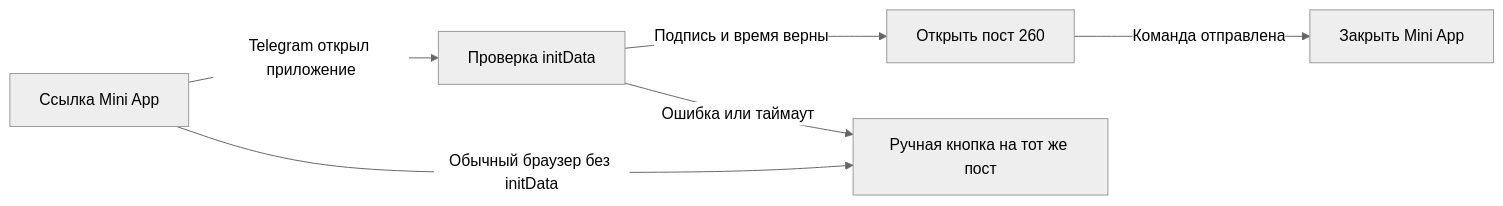
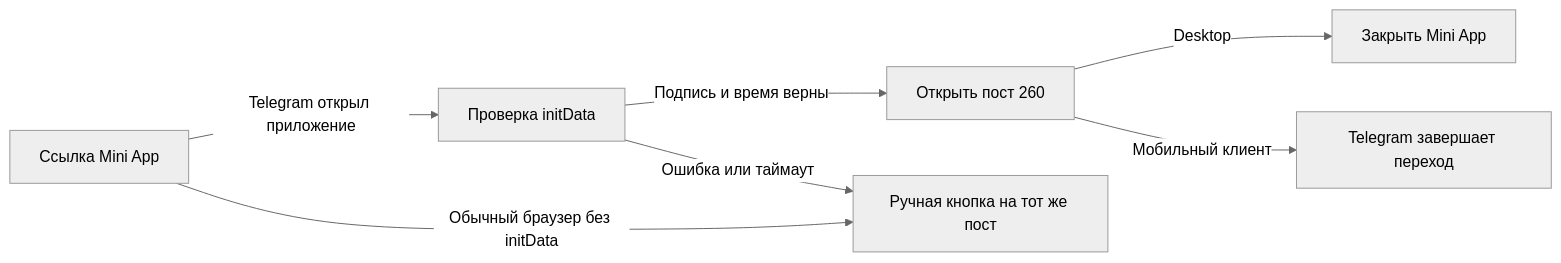
One commit to armagedongt/edabalans.ru changed the diagram in docs/knowledge-base/modules/telegram/LINKS_AND_ATTRIBUTION.md. Above: the diagram before and after it, drawn with Mermaid (neutral theme). The commit also changed other lines of this file and 3 other files, not shown here.

````diff
--- a/docs/knowledge-base/modules/telegram/LINKS_AND_ATTRIBUTION.md
+++ b/docs/knowledge-base/modules/telegram/LINKS_AND_ATTRIBUTION.md
@@ -45,8 +53,9 @@
 ```mermaid
 flowchart LR
   A[Ссылка Mini App] -->|Telegram открыл приложение| B[Проверка initData]
   B -->|Подпись и время верны| C[Открыть пост 260]
-  C -->|Команда отправлена| D[Закрыть Mini App]
+  C -->|Desktop| D[Закрыть Mini App]
+  C -->|Мобильный клиент| F[Telegram завершает переход]
   B -->|Ошибка или таймаут| E[Ручная кнопка на тот же пост]
   A -->|Обычный браузер без initData| E
 ```
````
